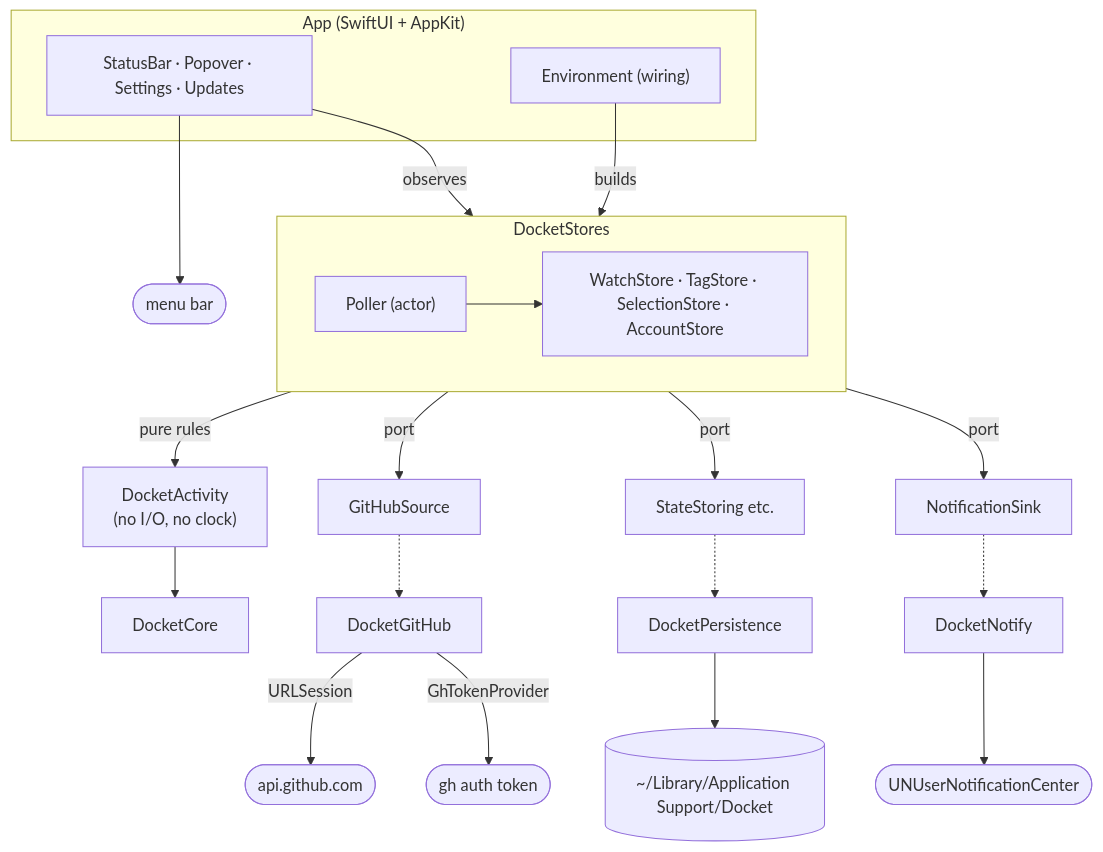
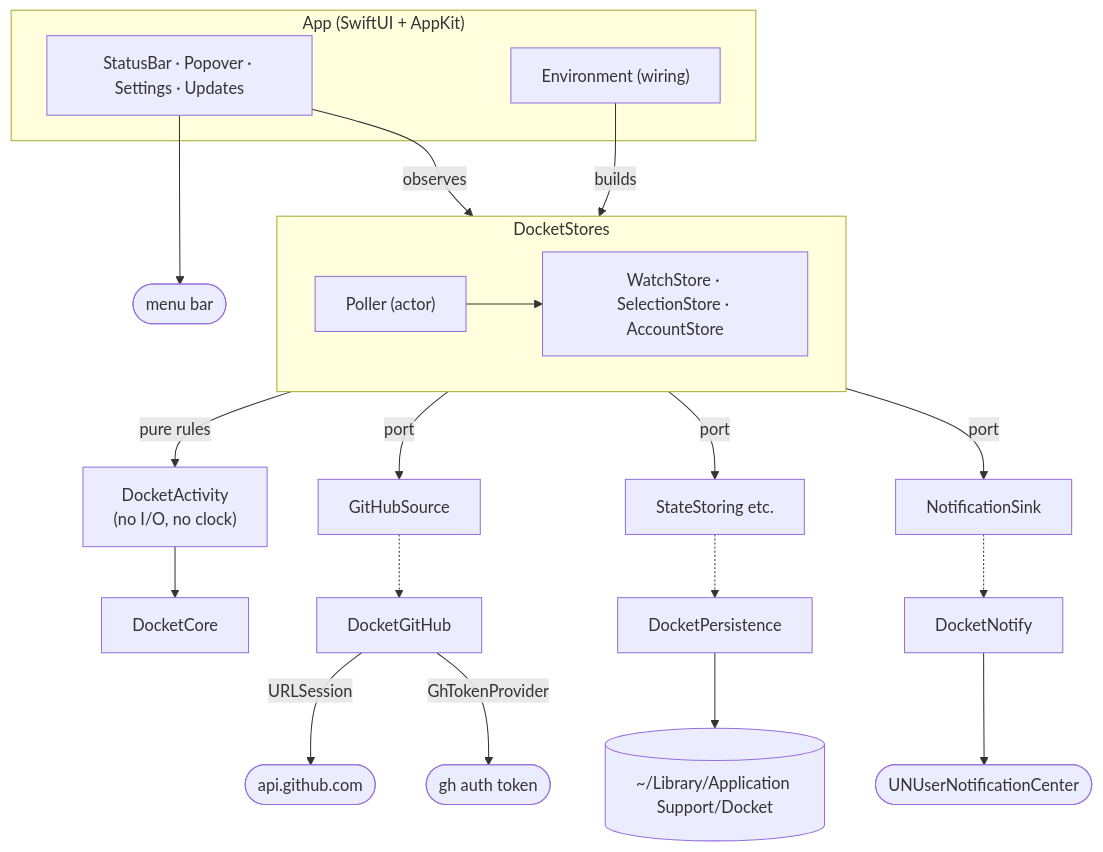
Before and after one commit to eliasjnior/docket: the first of 2 diagrams in CLAUDE.md, drawn with Mermaid. The commit also changed 38 other files, not shown here.

````diff
--- a/CLAUDE.md
+++ b/CLAUDE.md
@@ -97,28 +97,28 @@
 ```mermaid
 flowchart TD
     menubar(["menu bar"])
     subgraph App["App (SwiftUI + AppKit)"]
         views["StatusBar · Popover · Settings · Updates"]
         env["Environment (wiring)"]
     end
     subgraph Stores["DocketStores"]
         poller["Poller (actor)"]
-        stores["WatchStore · TagStore · SelectionStore · AccountStore"]
+        stores["WatchStore · SelectionStore · AccountStore"]
         poller --> stores
     end
     views --> menubar
     views -- observes --> Stores
     env -- builds --> Stores
     Stores -- pure rules --> activity["DocketActivity<br/>(no I/O, no clock)"]
     activity --> core["DocketCore"]
     Stores -- port --> source["GitHubSource"]
     Stores -- port --> storing["StateStoring etc."]
     Stores -- port --> sink["NotificationSink"]
     source -.-> github["DocketGitHub"]
     storing -.-> persistence["DocketPersistence"]
     sink -.-> notify["DocketNotify"]
     github -- URLSession --> api(["api.github.com"])
     github -- GhTokenProvider --> gh(["gh auth token"])
     persistence --> disk[("~/Library/Application Support/Docket")]
     notify --> unc(["UNUserNotificationCenter"])
 ```
````
